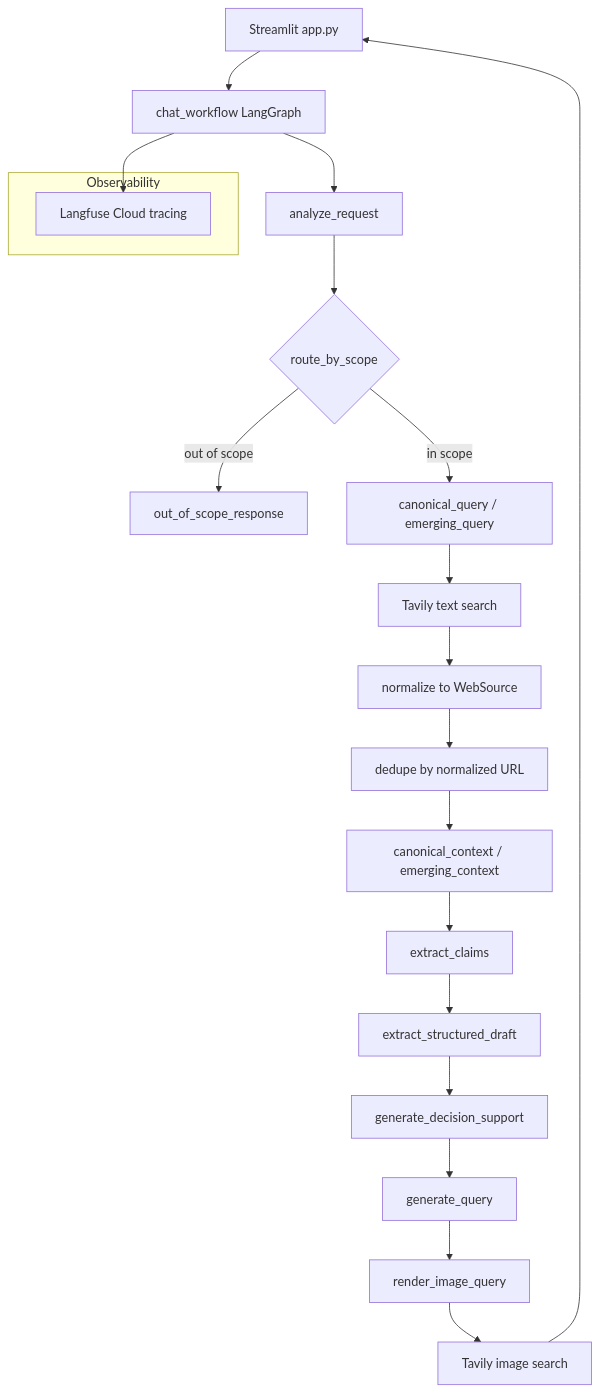
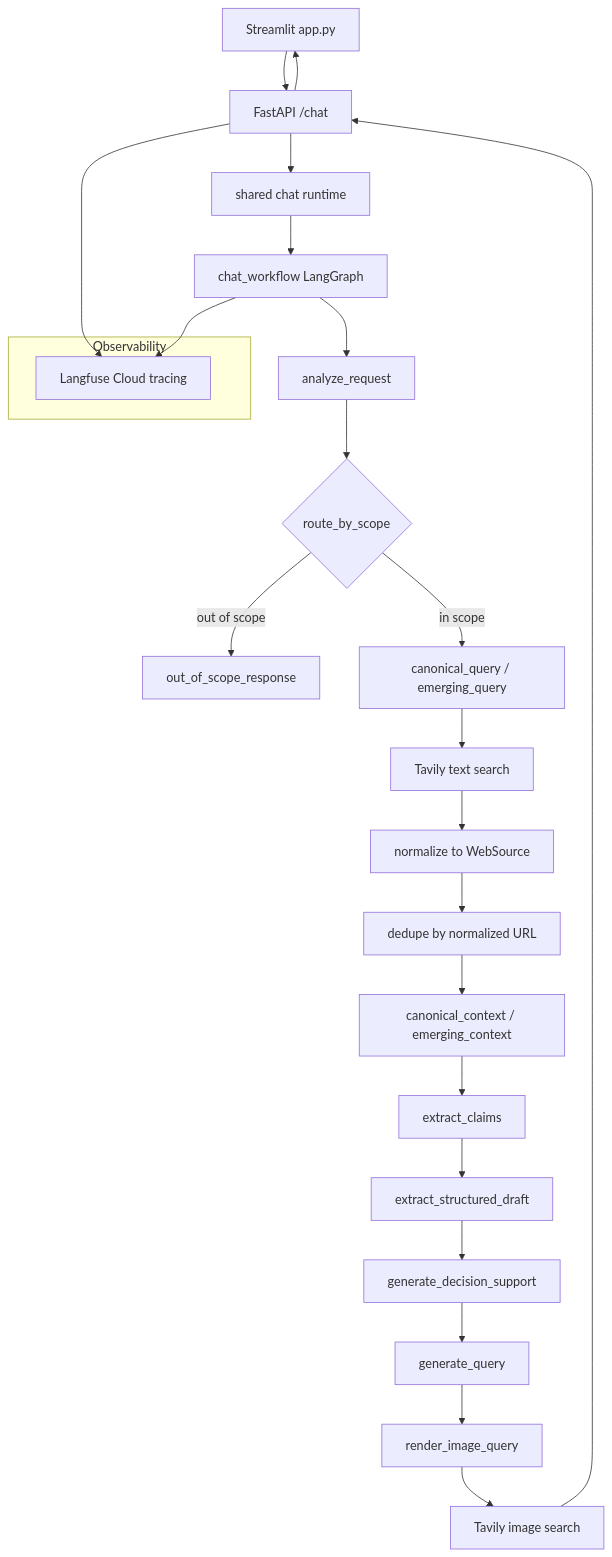
The diagram in README.md (mofuteq/trend-to-rule), drawn with Mermaid before and after one commit. The commit also changed other lines of this file and 12 other files, not shown here.

Commit message:
refactor: route Streamlit chat through FastAPI

````diff
--- a/README.md
+++ b/README.md
@@ -126,24 +126,28 @@
 ```mermaid
 flowchart TD
-    E[Streamlit app.py] --> W[chat_workflow LangGraph]
+    E[Streamlit app.py] --> API[FastAPI /chat]
+    API --> RT[shared chat runtime]
+    RT --> W[chat_workflow LangGraph]
     W --> A[analyze_request]
     A --> R{route_by_scope}
     R -->|out of scope| OOS[out_of_scope_response]
     R -->|in scope| Q[canonical_query / emerging_query]
     Q --> T[Tavily text search]
     T --> S[normalize to WebSource]
     S --> D[dedupe by normalized URL]
     D --> C[canonical_context / emerging_context]
     C --> EC[extract_claims]
     EC --> ESD[extract_structured_draft]
     ESD --> GDS[generate_decision_support]
     GDS --> GQ[generate_query]
     GQ --> RIQ[render_image_query]
     RIQ --> SI[Tavily image search]
-    SI --> E
+    SI --> API
+    API --> E
 
     subgraph Observability
       LF[Langfuse Cloud tracing]
     end
+    API --> LF
     W --> LF
 ```
````
